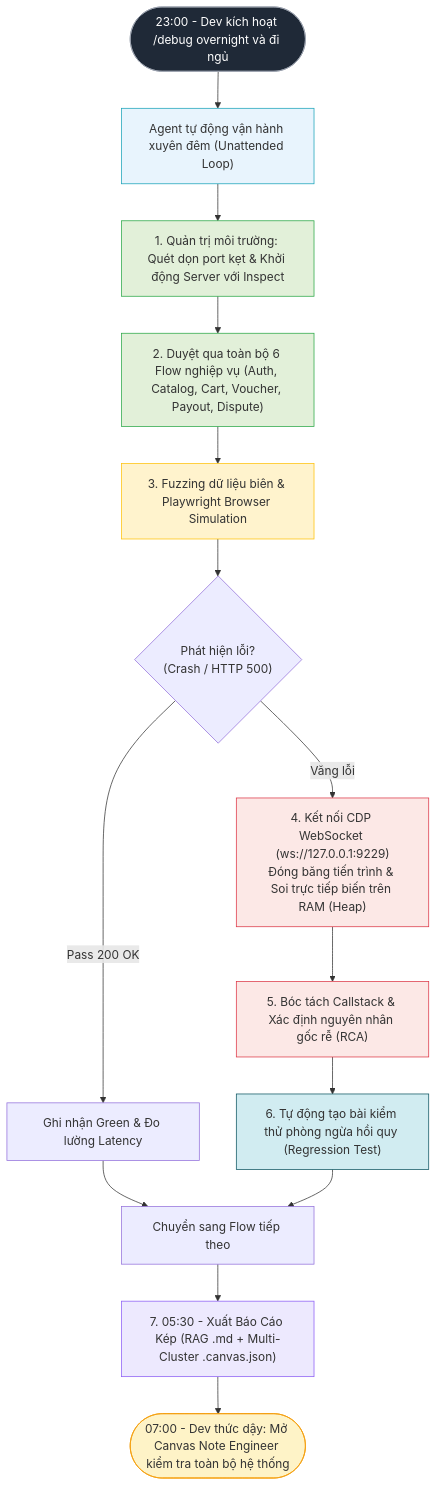
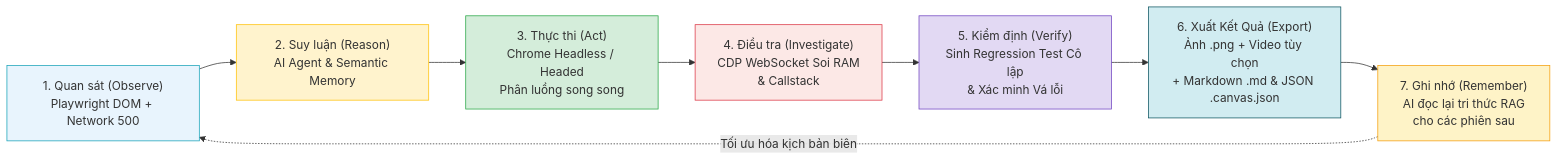
The first of 3 diagrams in README.md (justpassingByte/agentic-test-ops), drawn with Mermaid before and after one commit. The commit also changed other lines of this file and 8 other files, not shown here.

````diff
--- a/README.md
+++ b/README.md
@@ -111,29 +97,18 @@
 ```mermaid
-flowchart TD
-    NIGHT(["23:00 - Dev kích hoạt /debug overnight và đi ngủ"]) --> AUTO["Agent tự động vận hành xuyên đêm (Unattended Loop)"]
-    AUTO --> ENV["1. Quản trị môi trường: Quét dọn port kẹt & Khởi động Server với Inspect"]
-    ENV --> SWEEP["2. Duyệt qua toàn bộ 6 Flow nghiệp vụ (Auth, Catalog, Cart, Voucher, Payout, Dispute)"]
-    SWEEP --> FUZZ["3. Fuzzing dữ liệu biên & Playwright Browser Simulation"]
-    FUZZ --> CHECK{"Phát hiện lỗi?\n(Crash / HTTP 500)"}
-    
-    CHECK -->|"Pass 200 OK"| PASS["Ghi nhận Green & Đo lường Latency"]
-    CHECK -->|"Văng lỗi"| CDP["4. Kết nối CDP WebSocket (ws://127.0.0.1:9229)\nĐóng băng tiến trình & Soi trực tiếp biến trên RAM (Heap)"]
-    
-    CDP --> RCA["5. Bóc tách Callstack & Xác định nguyên nhân gốc rễ (RCA)"]
-    RCA --> REG["6. Tự động tạo bài kiểm thử phòng ngừa hồi quy (Regression Test)"]
-    PASS --> NEXT["Chuyển sang Flow tiếp theo"]
-    REG --> NEXT
-    NEXT --> REPORT["7. 05:30 - Xuất Báo Cáo Kép (RAG .md + Multi-Cluster .canvas.json)"]
-    REPORT --> MORNING(["07:00 - Dev thức dậy: Mở Canvas Note Engineer kiểm tra toàn bộ hệ thống"])
+flowchart LR
+    OBS["1. Quan sát (Observe)\nPlaywright DOM + Network 500"] --> REA["2. Suy luận (Reason)\nAI Agent & Semantic Memory"]
+    REA --> ACT["3. Thực thi (Act)\nChrome Headless / Headed\nPhân luồng song song"]
+    ACT --> INV["4. Điều tra (Investigate)\nCDP WebSocket Soi RAM\n& Callstack"]
+    INV --> VER["5. Kiểm định (Verify)\nSinh Regression Test Cô lập\n& Xác minh Vá lỗi"]
+    VER --> DOC["6. Xuất Kết Quả (Export)\nẢnh .png + Video tùy chọn\n+ Markdown .md & JSON .canvas.json"]
+    DOC --> MEM["7. Ghi nhớ (Remember)\nAI đọc lại tri thức RAG\ncho các phiên sau"]
+    MEM -.->|"Tối ưu hóa kịch bản biên"| OBS
 
-    style NIGHT fill:#1f2937,stroke:#9ca3af,color:#fff
-    style AUTO fill:#e8f4fd,stroke:#17a2b8
-    style ENV fill:#e2f0d9,stroke:#28a745
-    style SWEEP fill:#e2f0d9,stroke:#28a745
-    style FUZZ fill:#fff3cd,stroke:#ffc107
-    style CDP fill:#fce8e6,stroke:#dc3545
-    style RCA fill:#fce8e6,stroke:#dc3545
-    style REG fill:#d1ecf1,stroke:#0c5460
-    style REPORT fill:#ede9fe,stroke:#8b5cf6
-    style MORNING fill:#fef3c7,stroke:#f59e0b
+    style OBS fill:#e8f4fd,stroke:#17a2b8
+    style REA fill:#fff3cd,stroke:#ffc107
+    style ACT fill:#d4edda,stroke:#28a745
+    style INV fill:#fce8e6,stroke:#dc3545
+    style VER fill:#e2d9f3,stroke:#6f42c1
+    style DOC fill:#d1ecf1,stroke:#0c5460
+    style MEM fill:#fef3c7,stroke:#f59e0b
 ```
````
